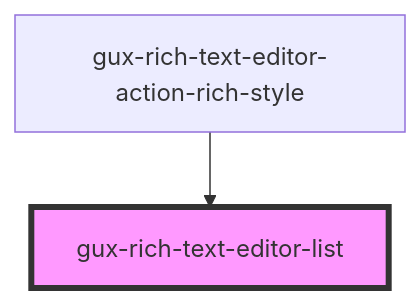
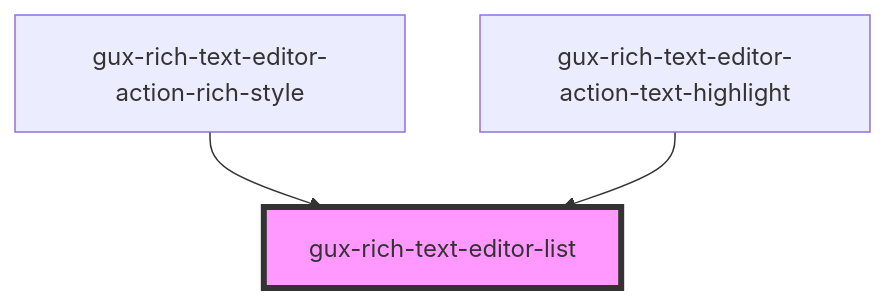
Before and after one commit to MyPureCloud/genesys-spark: the diagram in packages/genesys-spark-components/src/components/beta/gux-rich-text-editor/gux-rich-text-editor-list/readme.md, drawn with Mermaid. The commit also changed other lines of this file and 28 other files, not shown here.

First line of the commit message:
feat(rich-text-editor): addition of color picker feature

````diff
--- a/packages/genesys-spark-components/src/components/beta/gux-rich-text-editor/gux-rich-text-editor-list/readme.md
+++ b/packages/genesys-spark-components/src/components/beta/gux-rich-text-editor/gux-rich-text-editor-list/readme.md
@@ -52,5 +53,6 @@
 ```mermaid
 graph TD;
   gux-rich-text-editor-action-rich-style --> gux-rich-text-editor-list
+  gux-rich-text-editor-action-text-highlight --> gux-rich-text-editor-list
   style gux-rich-text-editor-list fill:#f9f,stroke:#333,stroke-width:4px
 ```
````
